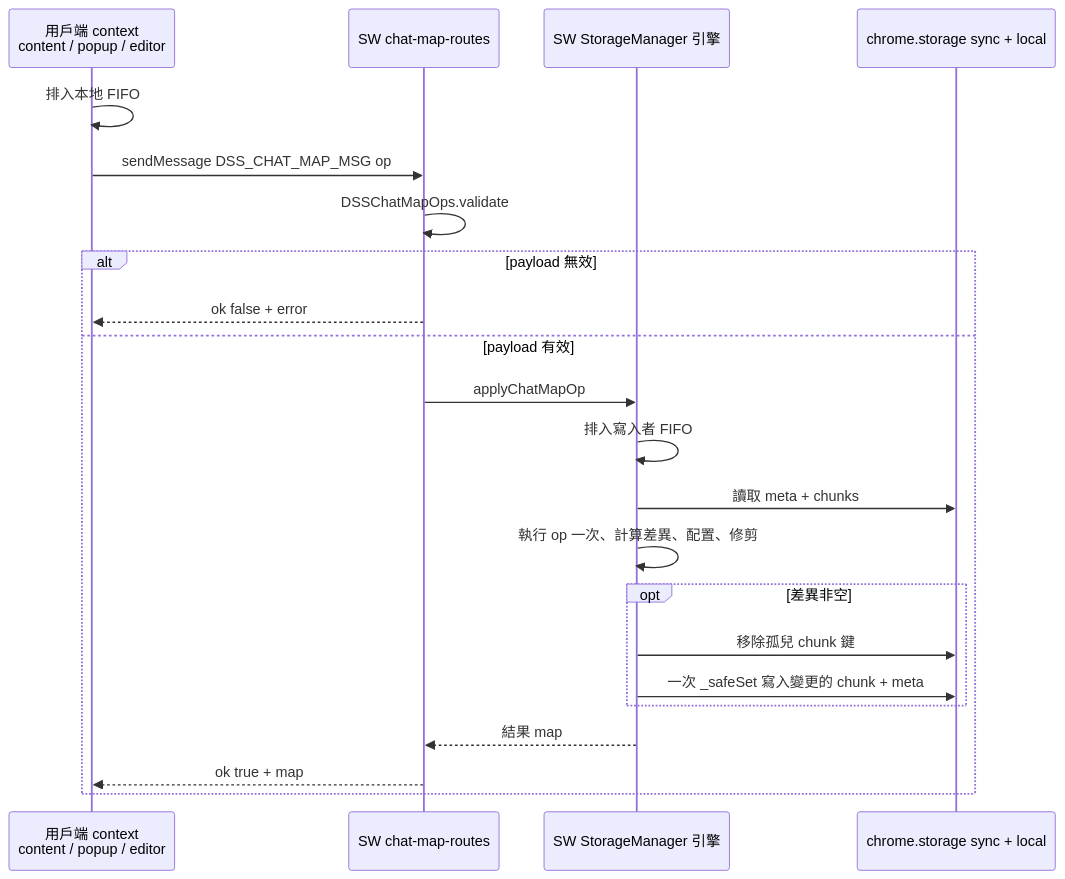
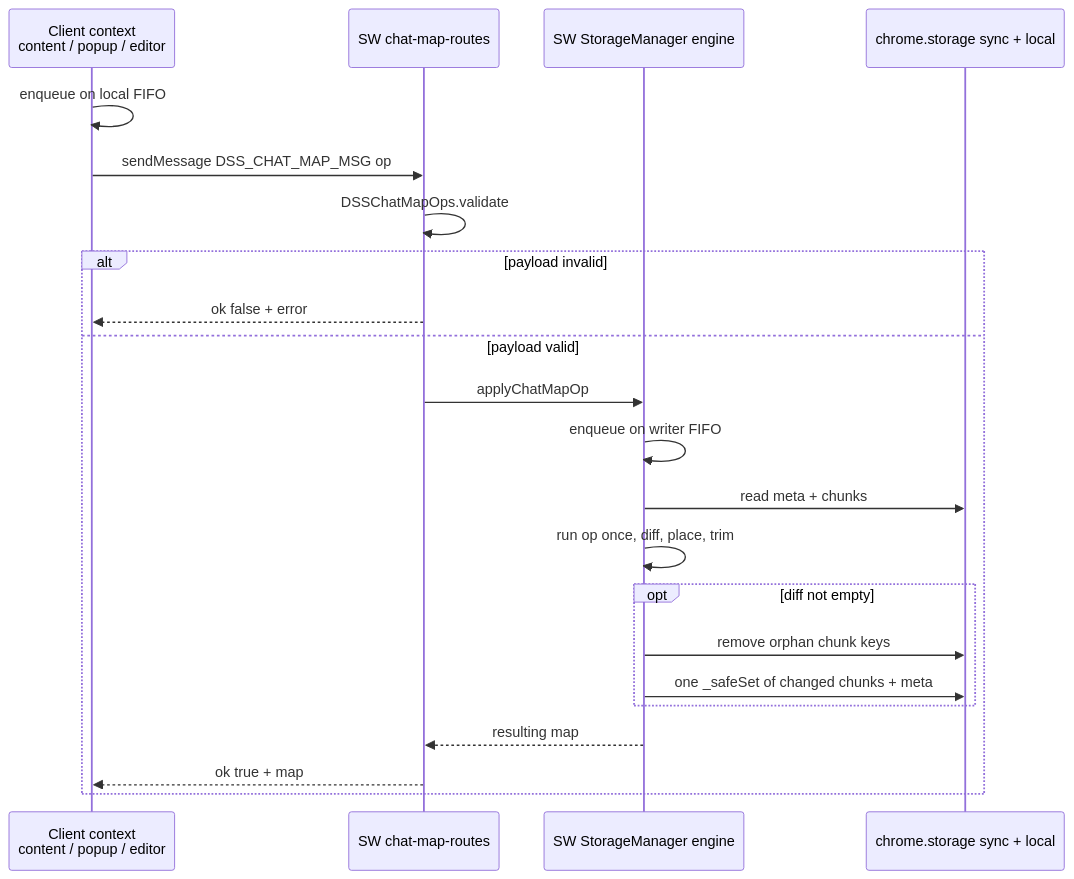
The second of 2 diagrams in docs/architecture/STORAGE.md (sov1n14/ds-studio), drawn with Mermaid before and after one commit. The commit also changed other lines of this file and 56 other files, not shown here.

````diff
--- a/docs/architecture/STORAGE.md
+++ b/docs/architecture/STORAGE.md
@@ -221,25 +221,25 @@
 ```mermaid
 sequenceDiagram
-    participant Client as 用戶端 context<br/>content / popup / editor
+    participant Client as Client context<br/>content / popup / editor
     participant Routes as SW chat-map-routes
-    participant Engine as SW StorageManager 引擎
+    participant Engine as SW StorageManager engine
     participant Storage as chrome.storage sync + local
 
-    Client->>Client: 排入本地 FIFO
+    Client->>Client: enqueue on local FIFO
     Client->>Routes: sendMessage DSS_CHAT_MAP_MSG op
     Routes->>Routes: DSSChatMapOps.validate
-    alt payload 無效
+    alt payload invalid
         Routes-->>Client: ok false + error
-    else payload 有效
+    else payload valid
         Routes->>Engine: applyChatMapOp
-        Engine->>Engine: 排入寫入者 FIFO
-        Engine->>Storage: 讀取 meta + chunks
-        Engine->>Engine: 執行 op 一次、計算差異、配置、修剪
-        opt 差異非空
-            Engine->>Storage: 移除孤兒 chunk 鍵
-            Engine->>Storage: 一次 _safeSet 寫入變更的 chunk + meta
+        Engine->>Engine: enqueue on writer FIFO
+        Engine->>Storage: read meta + chunks
+        Engine->>Engine: run op once, diff, place, trim
+        opt diff not empty
+            Engine->>Storage: remove orphan chunk keys
+            Engine->>Storage: one _safeSet of changed chunks + meta
         end
-        Engine-->>Routes: 結果 map
+        Engine-->>Routes: resulting map
         Routes-->>Client: ok true + map
     end
 ```
````
